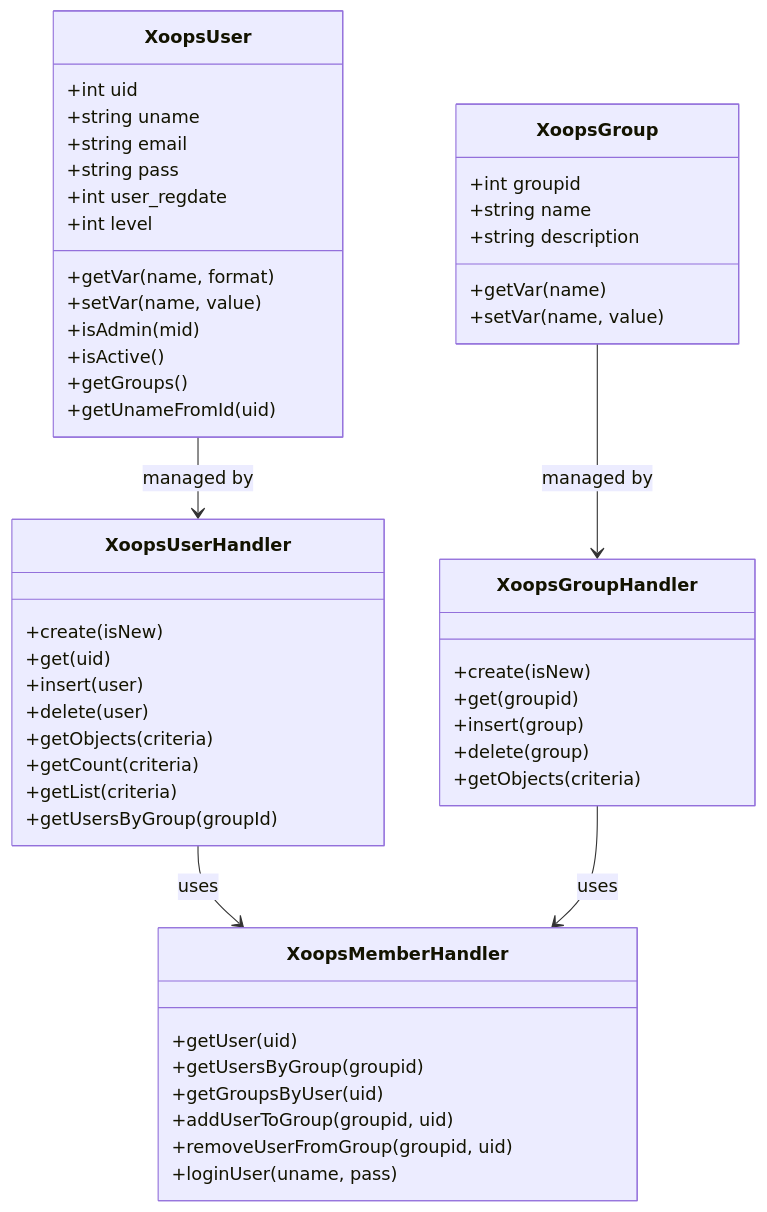
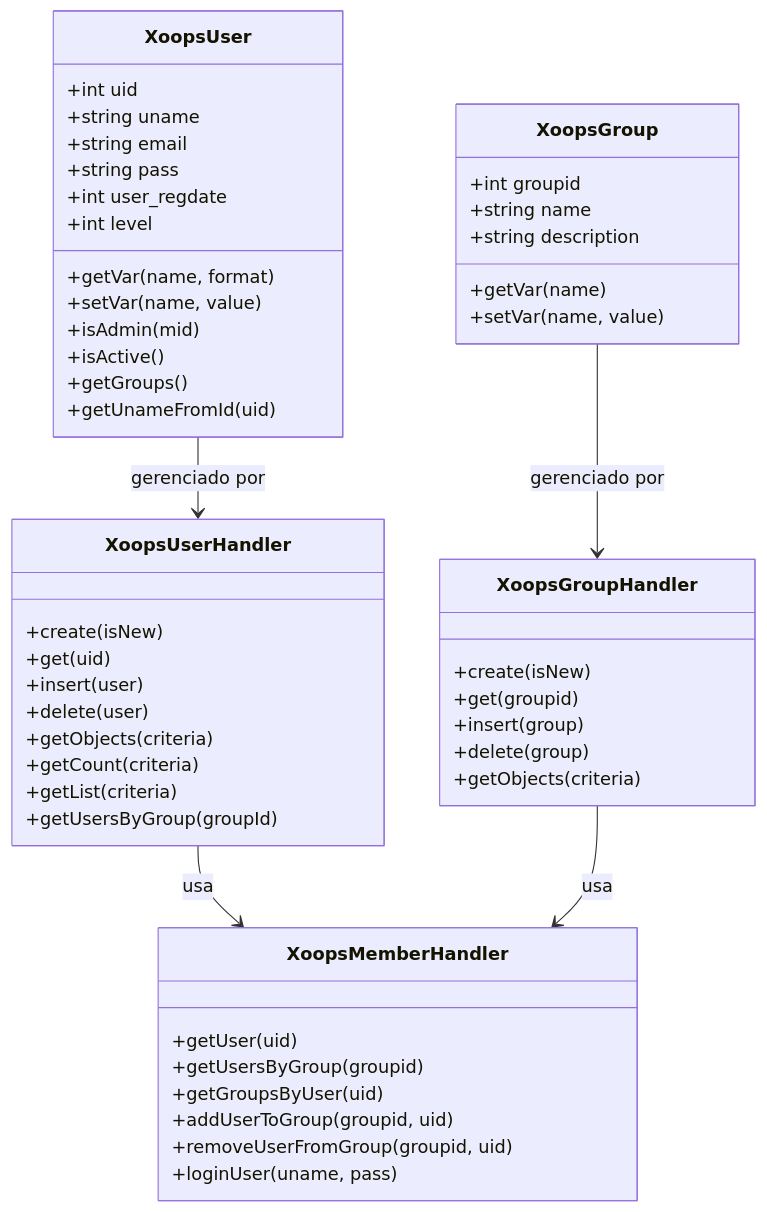
The first of 4 diagrams in apps/docs-27/src/content/docs/pt/api-reference/user/xoops-user.md (mambax7/xoops-docs), drawn with Mermaid before and after one commit. The commit also changed other lines of this file and 162 other files, not shown here.

````diff
--- a/apps/docs-27/src/content/docs/pt/api-reference/user/xoops-user.md
+++ b/apps/docs-27/src/content/docs/pt/api-reference/user/xoops-user.md
@@ -12,58 +12,58 @@
 ```mermaid
 classDiagram
     class XoopsUser {
         +int uid
         +string uname
         +string email
         +string pass
         +int user_regdate
         +int level
         +getVar(name, format)
         +setVar(name, value)
         +isAdmin(mid)
         +isActive()
         +getGroups()
         +getUnameFromId(uid)
     }
 
     class XoopsUserHandler {
         +create(isNew)
         +get(uid)
         +insert(user)
         +delete(user)
         +getObjects(criteria)
         +getCount(criteria)
         +getList(criteria)
         +getUsersByGroup(groupId)
     }
 
     class XoopsGroup {
         +int groupid
         +string name
         +string description
         +getVar(name)
         +setVar(name, value)
     }
 
     class XoopsGroupHandler {
         +create(isNew)
         +get(groupid)
         +insert(group)
         +delete(group)
         +getObjects(criteria)
     }
 
     class XoopsMemberHandler {
         +getUser(uid)
         +getUsersByGroup(groupid)
         +getGroupsByUser(uid)
         +addUserToGroup(groupid, uid)
         +removeUserFromGroup(groupid, uid)
         +loginUser(uname, pass)
     }
 
-    XoopsUser --> XoopsUserHandler : managed by
-    XoopsGroup --> XoopsGroupHandler : managed by
-    XoopsUserHandler --> XoopsMemberHandler : uses
-    XoopsGroupHandler --> XoopsMemberHandler : uses
+    XoopsUser --> XoopsUserHandler : gerenciado por
+    XoopsGroup --> XoopsGroupHandler : gerenciado por
+    XoopsUserHandler --> XoopsMemberHandler : usa
+    XoopsGroupHandler --> XoopsMemberHandler : usa
 ```
````
